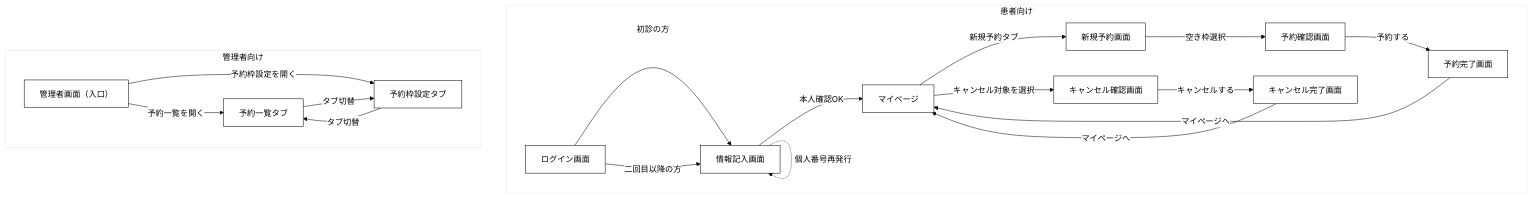
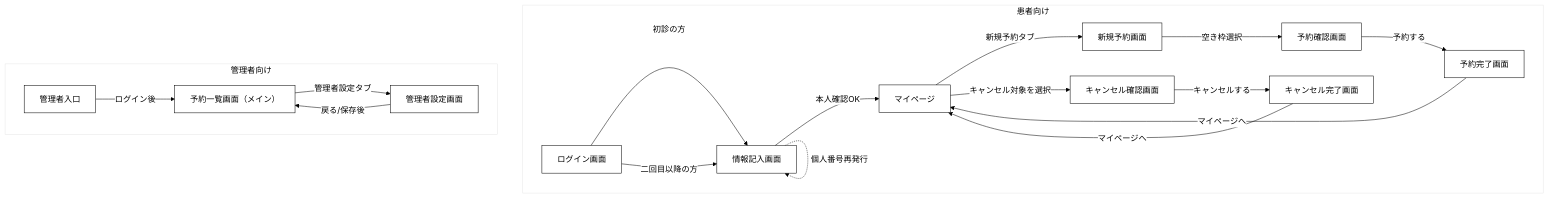
Before and after one commit to 20260312-student-05-svg/sawatte-wakaru-ai-driven-dev: the first of 2 diagrams in exercises/03-design-online-booking/deliverables-template.md, drawn with Mermaid. The commit also changed other lines of this file, not shown here.

Commit message:
画面設計・遷移図の修正

````diff
--- a/exercises/03-design-online-booking/deliverables-template.md
+++ b/exercises/03-design-online-booking/deliverables-template.md
@@ -171,40 +192,39 @@
 ```mermaid
 %%{init: {'theme':'base', 'themeVariables': { 'primaryColor':'#ffffff', 'primaryTextColor':'#000000', 'primaryBorderColor':'#000000', 'lineColor':'#000000', 'secondaryColor':'#ffffff', 'secondaryTextColor':'#000000', 'tertiaryColor':'#ffffff' }}}%%
 flowchart TD
     subgraph 患者向け["患者向け"]
         L1[ログイン画面]
         I1[情報記入画面]
         M1[マイページ]
         N1[新規予約画面]
         N2[予約確認画面]
         C1[予約完了画面]
         X1[キャンセル確認画面]
         X2[キャンセル完了画面]
     end
     
     subgraph 管理者向け["管理者向け"]
-        A0[管理者画面（入口）]
-        A1[予約一覧タブ]
-        A2[予約枠設定タブ]
+        A0[管理者入口]
+        A1[予約一覧画面（メイン）]
+        A2[管理者設定画面]
     end
     
     L1 -->|初診の方| I1
     L1 -->|二回目以降の方| I1
     I1 -->|本人確認OK| M1
     
     M1 -->|新規予約タブ| N1
     N1 -->|空き枠選択| N2
     N2 -->|予約する| C1
     C1 -->|マイページへ| M1
     
     M1 -->|キャンセル対象を選択| X1
     X1 -->|キャンセルする| X2
     X2 -->|マイページへ| M1
     
     I1 -.->|個人番号再発行| I1
     
-    A0 -->|予約一覧を開く| A1
-    A0 -->|予約枠設定を開く| A2
-    A1 -->|タブ切替| A2
-    A2 -->|タブ切替| A1
+    A0 -->|ログイン後| A1
+    A1 -->|管理者設定タブ| A2
+    A2 -->|戻る/保存後| A1
 ```
````
